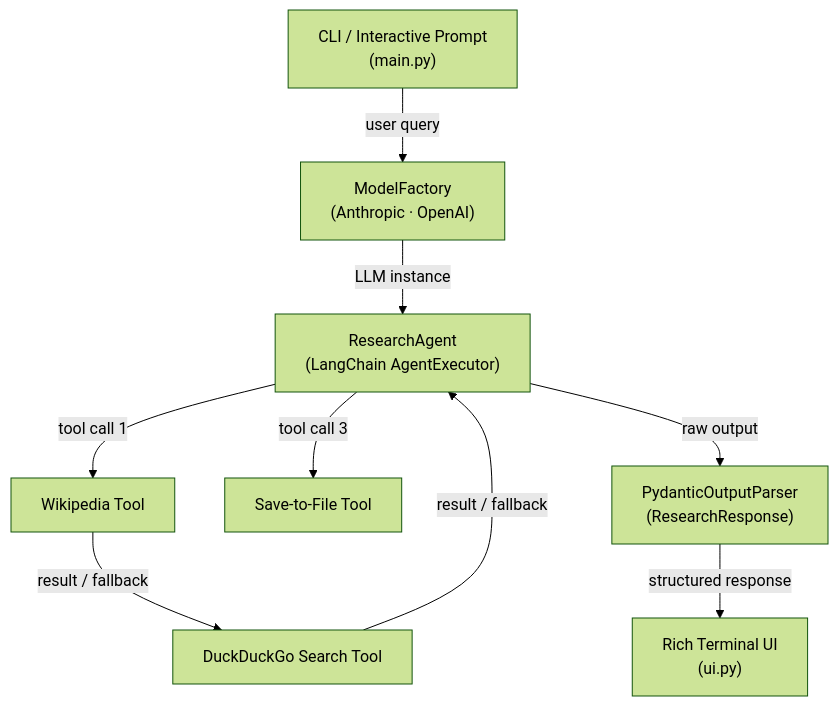
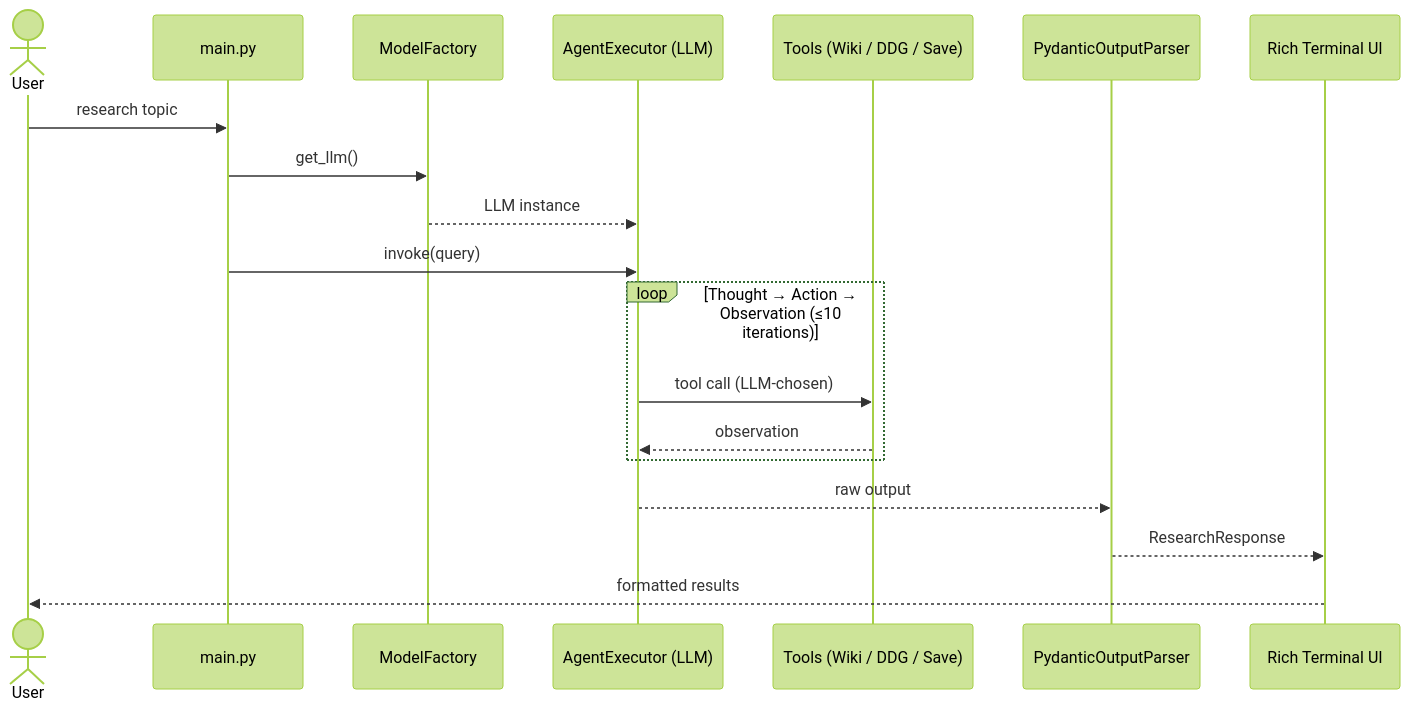
The diagram in README.md (sachined/WikiSurf-AI_Agent), drawn with Mermaid (forest theme) before and after one commit. The commit also changed other lines of this file, not shown here.

Commit message:
Further edits to this readme

````diff
--- a/README.md
+++ b/README.md
@@ -11,20 +11,22 @@
 ```mermaid
-flowchart TD
-    CLI["CLI / Interactive Prompt\n(main.py)"]
-    Factory["ModelFactory\n(Anthropic · OpenAI)"]
-    Agent["ResearchAgent\n(LangChain AgentExecutor)"]
-    WikiTool["Wikipedia Tool"]
-    DDGTool["DuckDuckGo Search Tool"]
-    SaveTool["Save-to-File Tool"]
-    Parser["PydanticOutputParser\n(ResearchResponse)"]
-    UI["Rich Terminal UI\n(ui.py)"]
+sequenceDiagram
+    actor User
+    participant CLI as main.py
+    participant Factory as ModelFactory
+    participant Agent as AgentExecutor (LLM)
+    participant Tools as Tools (Wiki / DDG / Save)
+    participant Parser as PydanticOutputParser
+    participant UI as Rich Terminal UI
 
-    CLI -->|user query| Factory
-    Factory -->|LLM instance| Agent
-    Agent -->|tool call 1| WikiTool
-    WikiTool -->|result / fallback| DDGTool
-    DDGTool -->|result / fallback| Agent
-    Agent -->|tool call 3| SaveTool
-    Agent -->|raw output| Parser
-    Parser -->|structured response| UI
+    User->>CLI: research topic
+    CLI->>Factory: get_llm()
+    Factory-->>Agent: LLM instance
+    CLI->>Agent: invoke(query)
+    loop Thought → Action → Observation (≤10 iterations)
+        Agent->>Tools: tool call (LLM-chosen)
+        Tools-->>Agent: observation
+    end
+    Agent-->>Parser: raw output
+    Parser-->>UI: ResearchResponse
+    UI-->>User: formatted results
 ```
````
